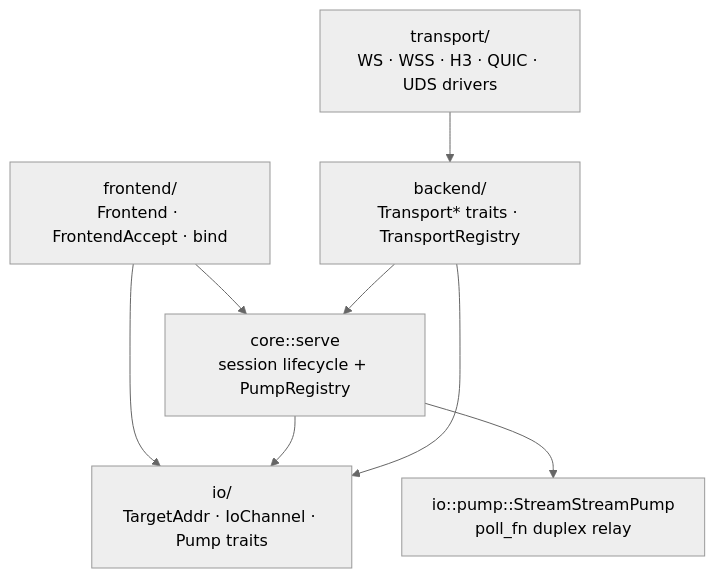
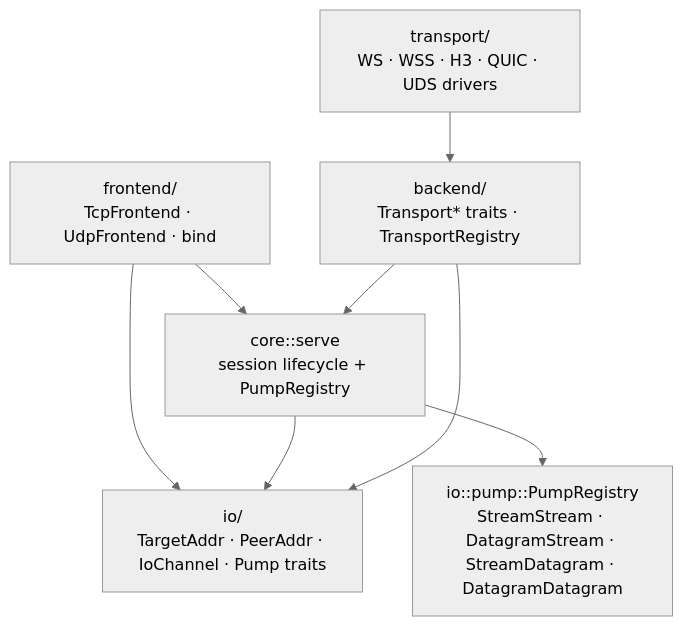
Before and after one commit to spritetong/culvert: the diagram in docs/DESIGN.md, drawn with Mermaid (neutral theme). The commit also changed other lines of this file and 38 other files, not shown here.

````diff
--- a/docs/DESIGN.md
+++ b/docs/DESIGN.md
@@ -52,17 +55,17 @@
 ```mermaid
 flowchart TB
-    IO["io/<br/>TargetAddr · IoChannel · Pump traits"]
-    FE["frontend/<br/>Frontend · FrontendAccept · bind"]
+    IO["io/<br/>TargetAddr · PeerAddr · IoChannel · Pump traits"]
+    FE["frontend/<br/>TcpFrontend · UdpFrontend · bind"]
     CORE["core::serve<br/>session lifecycle + PumpRegistry"]
     BE["backend/<br/>Transport* traits · TransportRegistry"]
     DRV["transport/<br/>WS · WSS · H3 · QUIC · UDS drivers"]
-    PUMP["io::pump::StreamStreamPump<br/>poll_fn duplex relay"]
+    PUMP["io::pump::PumpRegistry<br/>StreamStream · DatagramStream · StreamDatagram · DatagramDatagram"]
 
     FE --> IO
     CORE --> IO
     BE --> IO
     DRV --> BE
     FE --> CORE
     BE --> CORE
     CORE --> PUMP
 ```
````
